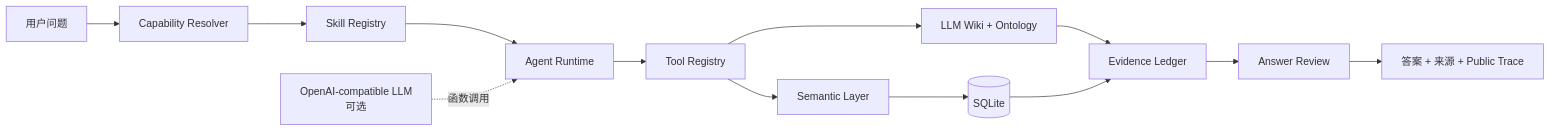
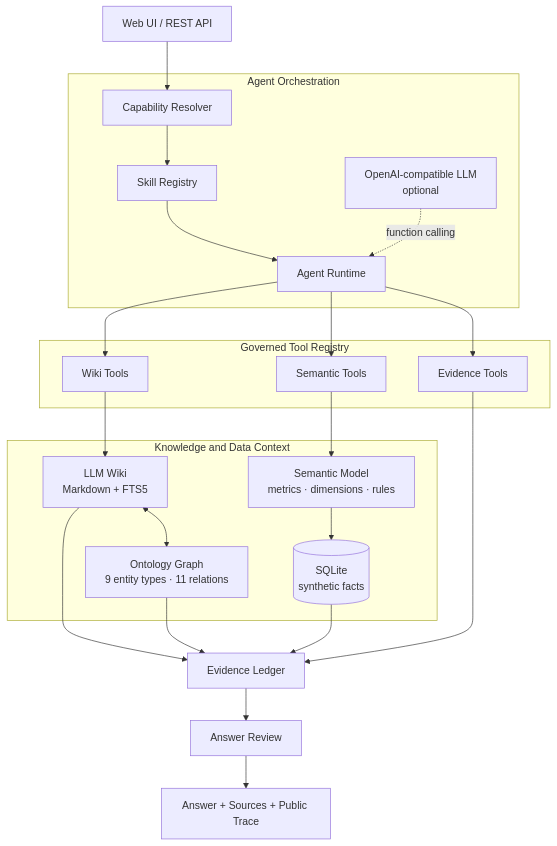
One commit to wchao030410-sudo/MetricLore changed the diagram in README.md. Above: the diagram before and after it, drawn with Mermaid. The commit also changed other lines of this file, not shown here.

Commit message:
Rewrite README around implementation and architecture

````diff
--- a/README.md
+++ b/README.md
@@ -61,17 +53,30 @@
 ```mermaid
-flowchart LR
-    U[用户问题] --> R[Capability Resolver]
-    R --> S[Skill Registry]
-    S --> A[Agent Runtime]
-    L["OpenAI-compatible LLM<br/>可选"] -. 函数调用 .-> A
+flowchart TB
+    Q[Web UI / REST API] --> R
 
-    A --> T[Tool Registry]
-    T --> W[LLM Wiki + Ontology]
-    T --> M[Semantic Layer]
-    M --> D[(SQLite)]
+    subgraph ORCH[Agent Orchestration]
+        R[Capability Resolver] --> S[Skill Registry]
+        S --> A[Agent Runtime]
+        L[OpenAI-compatible LLM<br/>optional] -. function calling .-> A
+    end
 
-    W --> E[Evidence Ledger]
-    D --> E
+    subgraph TOOLS[Governed Tool Registry]
+        A --> WT[Wiki Tools]
+        A --> ST[Semantic Tools]
+        A --> ET[Evidence Tools]
+    end
+
+    subgraph CONTEXT[Knowledge and Data Context]
+        WT --> WI[LLM Wiki<br/>Markdown + FTS5]
+        WI <--> ON[Ontology Graph<br/>9 entity types · 11 relations]
+        ST --> SM[Semantic Model<br/>metrics · dimensions · rules]
+        SM --> DB[(SQLite<br/>synthetic facts)]
+    end
+
+    WI --> E[Evidence Ledger]
+    ON --> E
+    DB --> E
+    ET --> E
     E --> V[Answer Review]
-    V --> O[答案 + 来源 + Public Trace]
+    V --> O[Answer + Sources + Public Trace]
 ```
````
